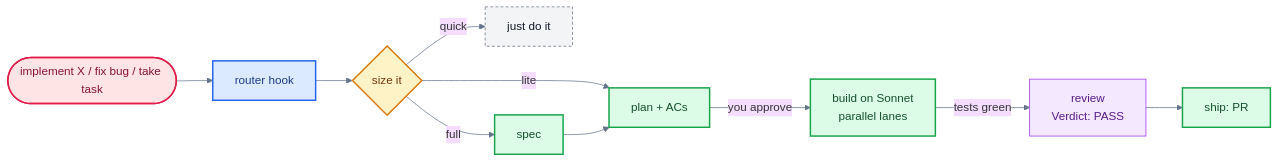
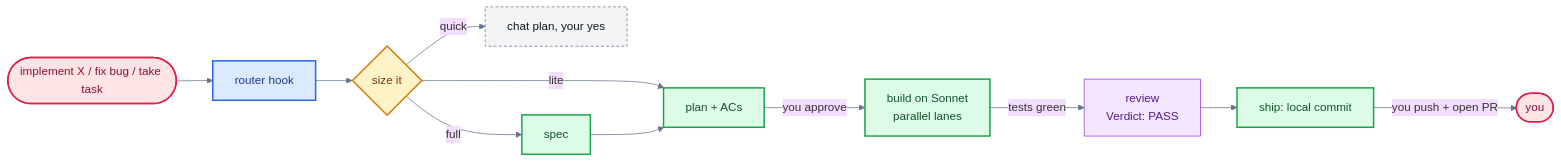
The diagram in plugins/jb-sdlc-plugin/README.md (jitheshb83/jb_claude_pluggins), drawn with Mermaid before and after one commit. The commit also changed other lines of this file and 11 other files, not shown here.

````diff
--- a/plugins/jb-sdlc-plugin/README.md
+++ b/plugins/jb-sdlc-plugin/README.md
@@ -7,18 +7,19 @@
 ```mermaid
 %%{init: {"theme": "base", "themeVariables": {"fontFamily": "ui-sans-serif, system-ui", "lineColor": "#64748B"}}}%%
 flowchart LR
     P(["implement X / fix bug / take task"]):::actor --> R["router hook"]:::changed
     R --> Z{"size it"}:::risk
-    Z -- quick --> Q["just do it"]:::external
+    Z -- quick --> Q["chat plan, your yes"]:::external
     Z -- lite --> PL["plan + ACs"]:::new
     Z -- full --> SP["spec"]:::new --> PL
     PL -- "you approve" --> B["build on Sonnet<br/>parallel lanes"]:::new
     B -- "tests green" --> RV["review<br/>Verdict: PASS"]:::test
-    RV --> SH["ship: PR"]:::new
+    RV --> SH["ship: local commit"]:::new
+    SH -- "you push + open PR" --> U(["you"]):::actor
     classDef new fill:#DCFCE7,stroke:#16A34A,color:#14532D,stroke-width:2px
     classDef changed fill:#DBEAFE,stroke:#2563EB,color:#1E3A8A,stroke-width:2px
     classDef external fill:#F3F4F6,stroke:#6B7280,color:#111827,stroke-dasharray:4 3
     classDef risk fill:#FEF3C7,stroke:#D97706,color:#78350F,stroke-width:2px
     classDef test fill:#F3E8FF,stroke:#9333EA,color:#581C87
     classDef actor fill:#FFE4E6,stroke:#E11D48,color:#881337,stroke-width:2px
 ```
````
